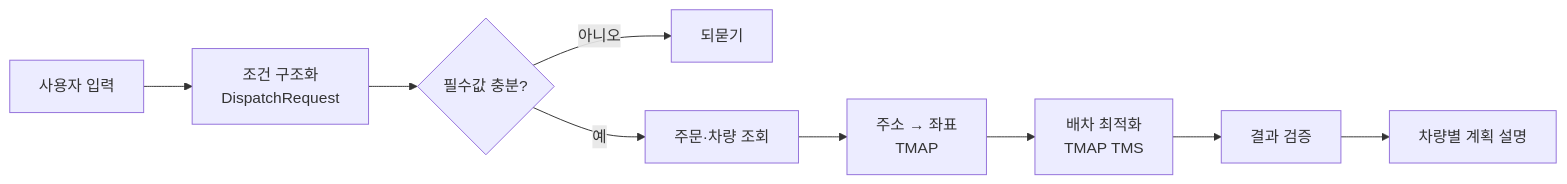
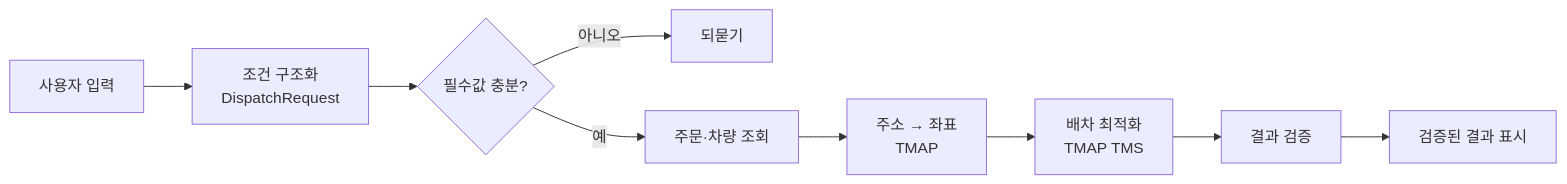
Before and after one commit to kchanis1223/GenerativeAI_Dev_0910: the diagram in README.md, drawn with Mermaid. The commit also changed other lines of this file and 6 other files, not shown here.

````diff
--- a/README.md
+++ b/README.md
@@ -11,11 +11,11 @@
 ```mermaid
 flowchart LR
   U[사용자 입력] --> S[조건 구조화<br/>DispatchRequest]
   S --> C{필수값 충분?}
   C -- 아니오 --> Q[되묻기]
   C -- 예 --> T[주문·차량 조회]
   T --> G[주소 → 좌표<br/>TMAP]
   G --> D[배차 최적화<br/>TMAP TMS]
   D --> V[결과 검증]
-  V --> R[차량별 계획 설명]
+  V --> R[검증된 결과 표시]
 ```
````
